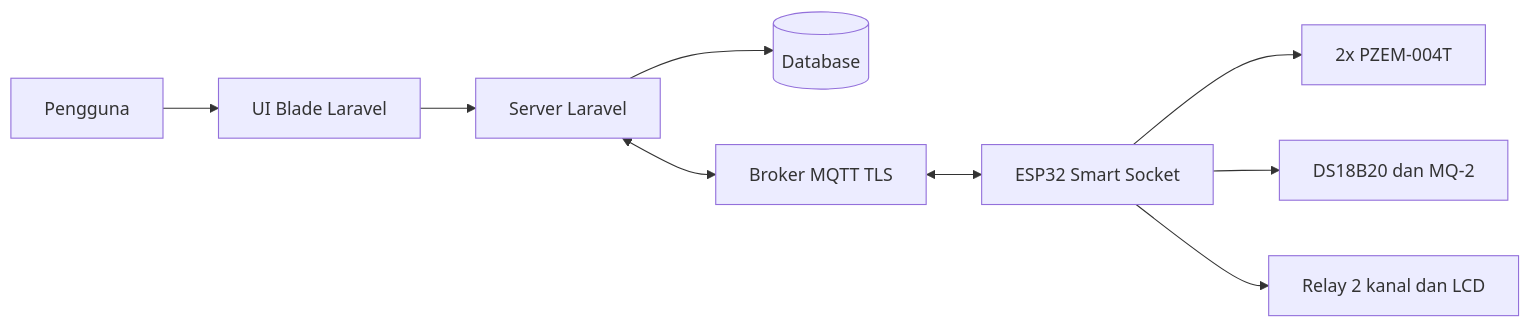
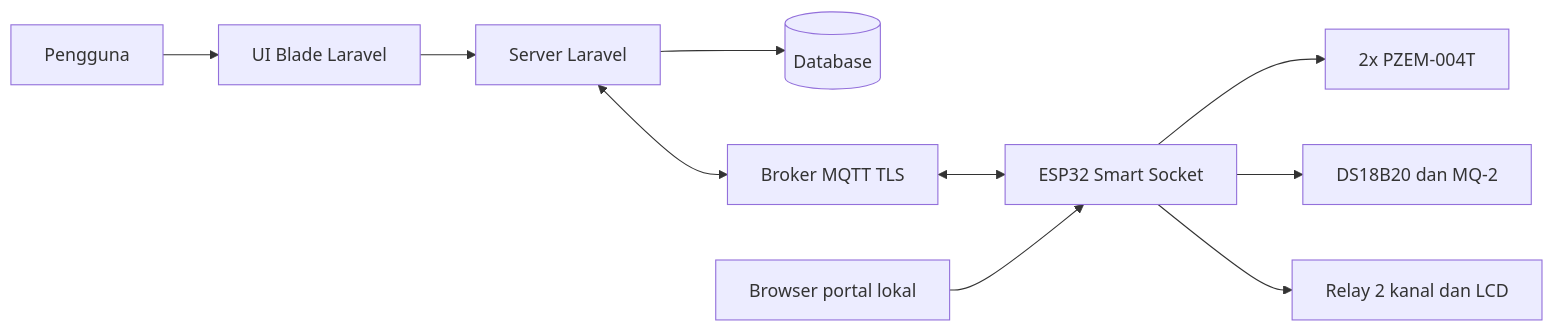
The first of 8 diagrams in docs/perancangan.md (rasiharunart1/smartsocketlaravel), drawn with Mermaid before and after one commit. The commit also changed other lines of this file and 16 other files, not shown here.

````diff
--- a/docs/perancangan.md
+++ b/docs/perancangan.md
@@ -7,11 +7,12 @@
 ```mermaid
 flowchart LR
   U[Pengguna] --> UI[UI Blade Laravel]
   UI --> WEB[Server Laravel]
   WEB --> DB[(Database)]
   WEB <--> BROKER[Broker MQTT TLS]
   BROKER <--> ESP[ESP32 Smart Socket]
+  P[Browser portal lokal] --> ESP
   ESP --> PZEM[2x PZEM-004T]
   ESP --> ENV[DS18B20 dan MQ-2]
   ESP --> RELAY[Relay 2 kanal dan LCD]
 ```
````
